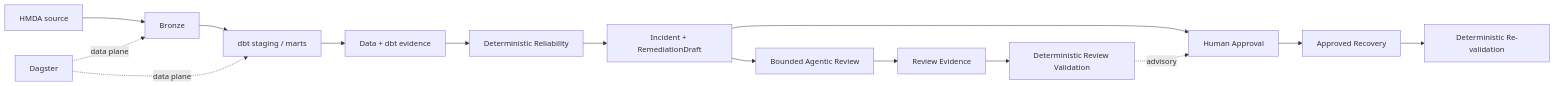
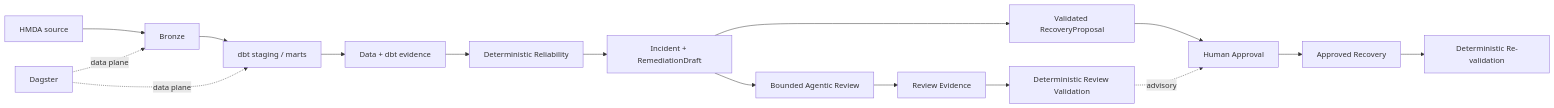
One commit to mols3131d/hmda-data-reliability changed the diagram in docs/development/mvp/README.md. Above: the diagram before and after it, drawn with Mermaid. The commit also changed other lines of this file and 2 other files, not shown here.

Commit message:
docs(mvp): recovery proposal 경계를 복원

````diff
--- a/docs/development/mvp/README.md
+++ b/docs/development/mvp/README.md
@@ -31,18 +31,21 @@
 ```mermaid
 flowchart LR
     source["HMDA source"] --> bronze["Bronze"]
     bronze --> analytical["dbt staging / marts"]
     analytical --> evidence["Data + dbt evidence"]
     evidence --> reliability["Deterministic Reliability"]
     reliability --> incident["Incident + RemediationDraft"]
+
     incident --> agent["Bounded Agentic Review"]
     agent --> review["Review Evidence"]
     review --> guard["Deterministic Review Validation"]
-    incident --> human["Human Approval"]
+
+    incident --> proposal["Validated RecoveryProposal"]
+    proposal --> human["Human Approval"]
     guard -. advisory .-> human
     human --> recovery["Approved Recovery"]
     recovery --> verify["Deterministic Re-validation"]
 
     dagster["Dagster"] -. data plane .-> bronze
     dagster -. data plane .-> analytical
 ```
````
